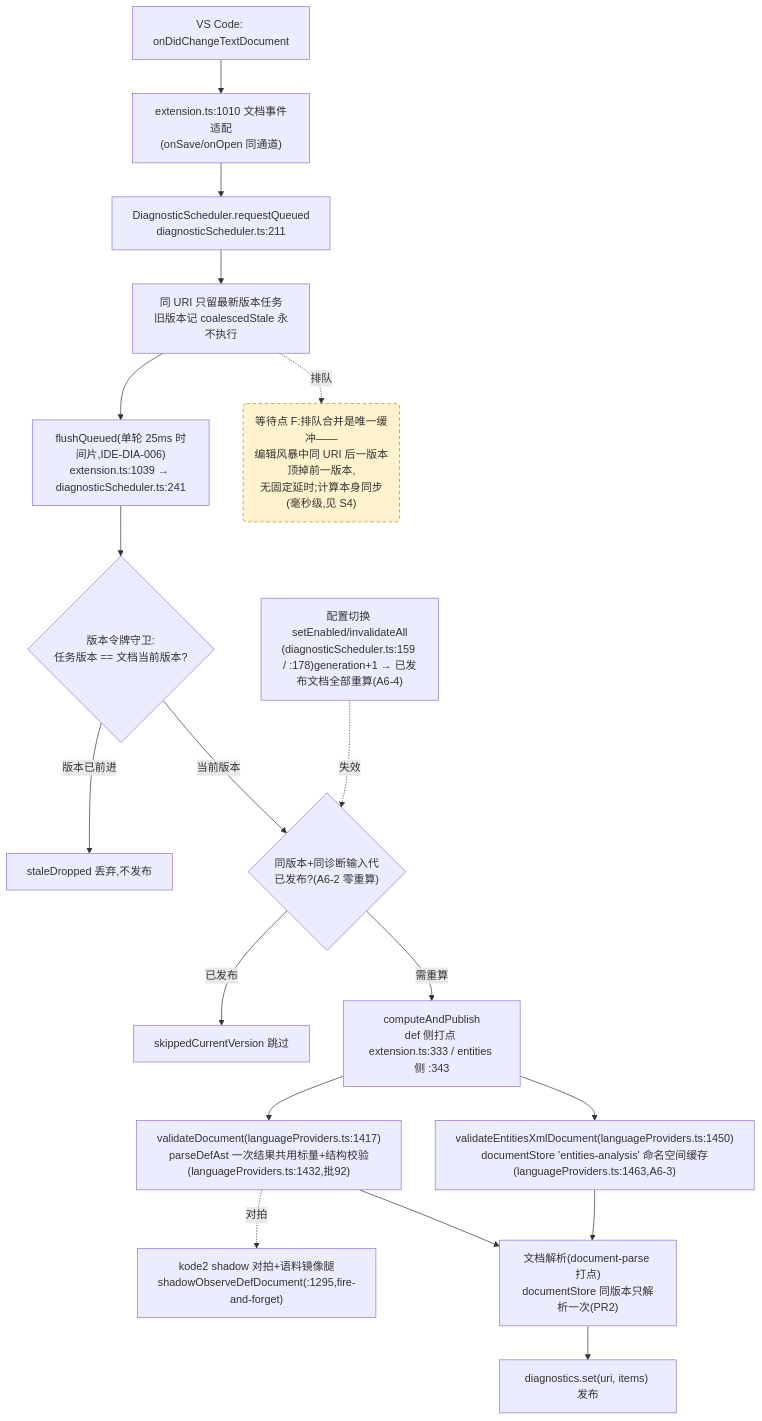
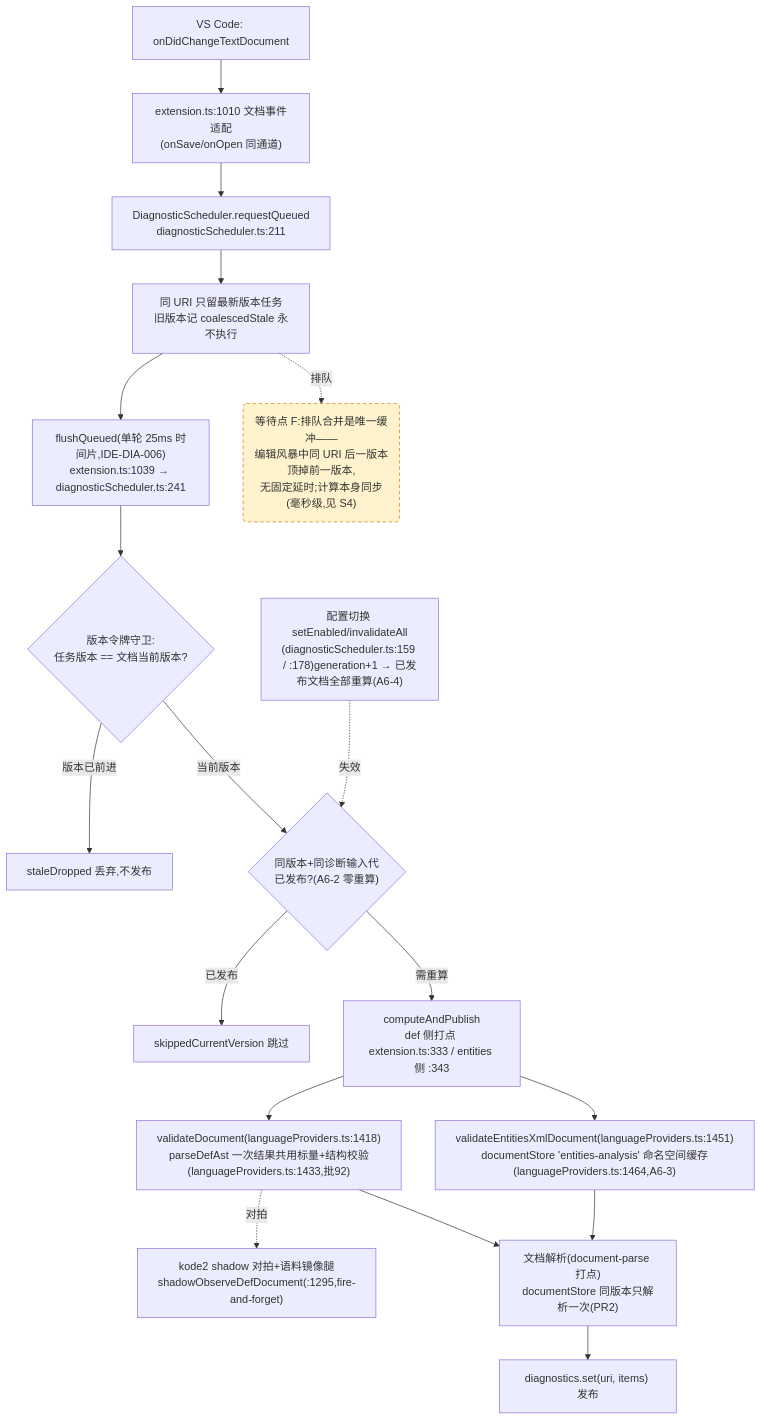
One commit to cuihairu/kode changed the fourth of 4 diagrams in docs/perf/2026-baseline.md. Above: the diagram before and after it, drawn with Mermaid. The commit also changed other lines of this file and 6 other files, not shown here.

````diff
--- a/docs/perf/2026-baseline.md
+++ b/docs/perf/2026-baseline.md
@@ -214,38 +214,38 @@
 ```mermaid
 flowchart TD
   CHG["VS Code: onDidChangeTextDocument"]
   WATCH["extension.ts:1010 文档事件适配<br/>(onSave/onOpen 同通道)"]
   RQ["DiagnosticScheduler.requestQueued<br/>diagnosticScheduler.ts:211"]
   CO["同 URI 只留最新版本任务<br/>旧版本记 coalescedStale 永不执行"]
   FL["flushQueued(单轮 25ms 时间片,IDE-DIA-006)<br/>extension.ts:1039 → diagnosticScheduler.ts:241"]
   VG{"版本令牌守卫:<br/>任务版本 == 文档当前版本?"}
   DROP["staleDropped 丢弃,不发布"]
   GEN{"同版本+同诊断输入代<br/>已发布?(A6-2 零重算)"}
   SKIP["skippedCurrentVersion 跳过"]
   CALC["computeAndPublish<br/>def 侧打点 extension.ts:333 / entities 侧 :343"]
-  VD["validateDocument(languageProviders.ts:1417)<br/>parseDefAst 一次结果共用标量+结构校验(languageProviders.ts:1432,批92)"]
-  VEX["validateEntitiesXmlDocument(languageProviders.ts:1450)<br/>documentStore 'entities-analysis' 命名空间缓存(languageProviders.ts:1463,A6-3)"]
+  VD["validateDocument(languageProviders.ts:1418)<br/>parseDefAst 一次结果共用标量+结构校验(languageProviders.ts:1433,批92)"]
+  VEX["validateEntitiesXmlDocument(languageProviders.ts:1451)<br/>documentStore 'entities-analysis' 命名空间缓存(languageProviders.ts:1464,A6-3)"]
   SHDD["kode2 shadow 对拍+语料镜像腿<br/>shadowObserveDefDocument(:1295,fire-and-forget)"]
   DS["文档解析(document-parse 打点)<br/>documentStore 同版本只解析一次(PR2)"]
   PUB["diagnostics.set(uri, items) 发布"]
   CFG2["配置切换 setEnabled/invalidateAll<br/>(diagnosticScheduler.ts:159 / :178)generation+1 → 已发布文档全部重算(A6-4)"]
 
   CHG --> WATCH --> RQ --> CO --> FL --> VG
   VG -- "版本已前进" --> DROP
   VG -- "当前版本" --> GEN
   GEN -- "已发布" --> SKIP
   GEN -- "需重算" --> CALC
   CALC --> VD
   CALC --> VEX
   VD --> DS
   VEX --> DS
   DS --> PUB
   VD -.->|对拍| SHDD
   CFG2 -.->|失效| GEN
 
   WAITF("等待点 F:排队合并是唯一缓冲——<br/>编辑风暴中同 URI 后一版本顶掉前一版本,<br/>无固定延时;计算本身同步(毫秒级,见 S4)")
   CO -.->|排队| WAITF
 
   classDef waitPoint fill:#fff3cd,stroke:#d97706,stroke-dasharray:5 4;
   class WAITF waitPoint;
 ```
````
